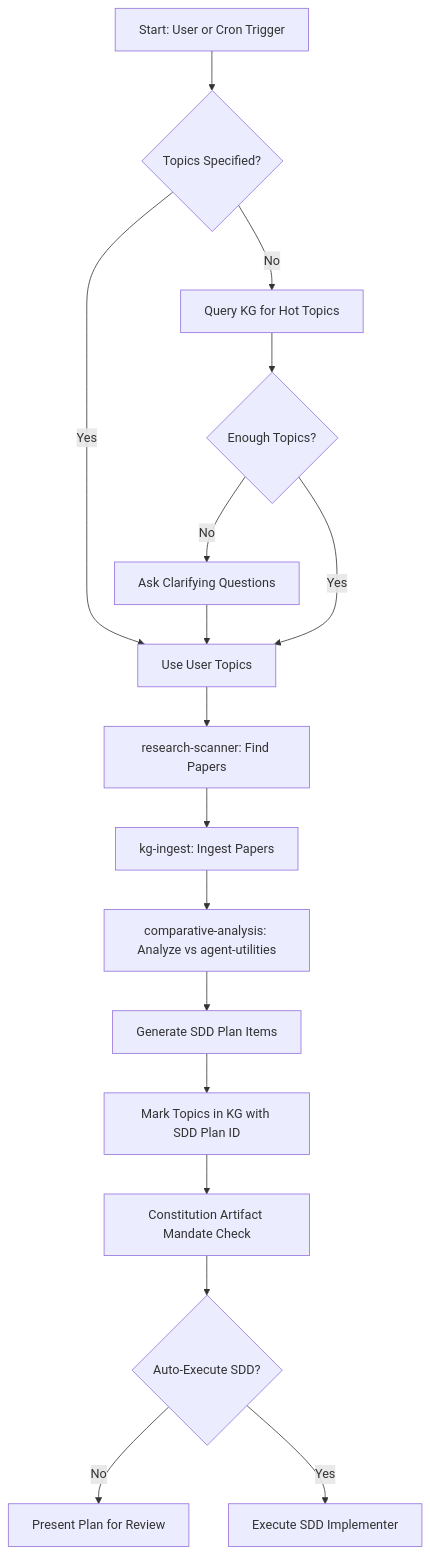
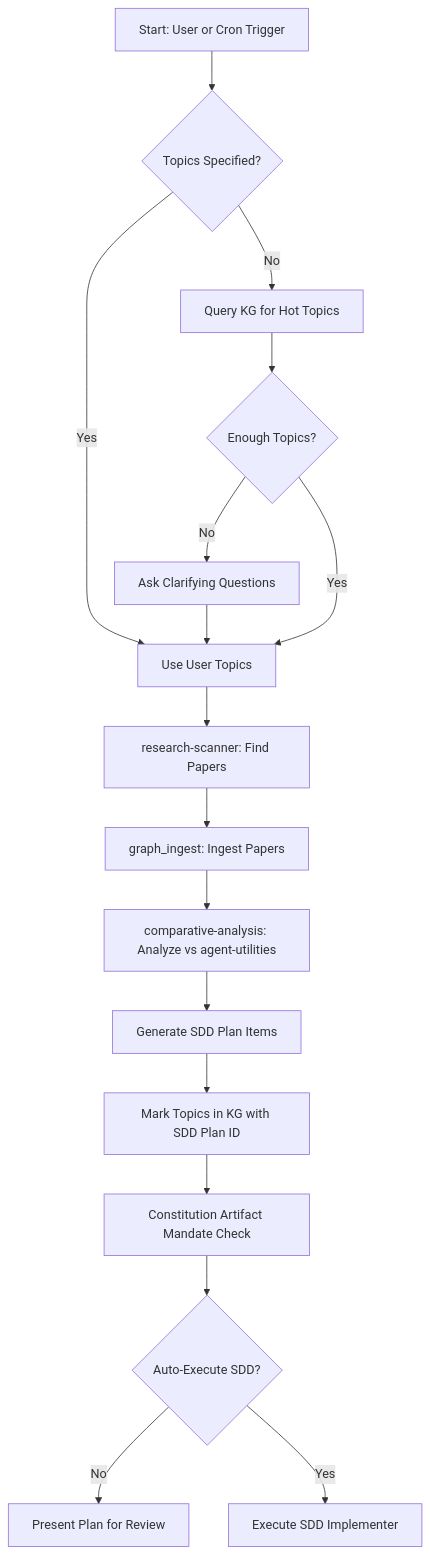
The diagram in agent_utilities/skills/agent-utilities-self-evolution/SKILL.md (Knuckles-Team/agent-utilities), drawn with Mermaid before and after one commit. The commit also changed other lines of this file and 101 other files, not shown here.

````diff
--- a/agent_utilities/skills/agent-utilities-self-evolution/SKILL.md
+++ b/agent_utilities/skills/agent-utilities-self-evolution/SKILL.md
@@ -65,19 +65,19 @@
 ```mermaid
 flowchart TD
     A[Start: User or Cron Trigger] --> B{Topics Specified?}
     B -->|No| C[Query KG for Hot Topics]
     B -->|Yes| D[Use User Topics]
     C --> E{Enough Topics?}
     E -->|No| F[Ask Clarifying Questions]
     F --> D
     E -->|Yes| D
     D --> G[research-scanner: Find Papers]
-    G --> H[kg-ingest: Ingest Papers]
+    G --> H[graph_ingest: Ingest Papers]
     H --> I[comparative-analysis: Analyze vs agent-utilities]
     I --> J[Generate SDD Plan Items]
     J --> K[Mark Topics in KG with SDD Plan ID]
     K --> L[Constitution Artifact Mandate Check]
     L --> M{Auto-Execute SDD?}
     M -->|No| N[Present Plan for Review]
     M -->|Yes| O[Execute SDD Implementer]
 ```
````
